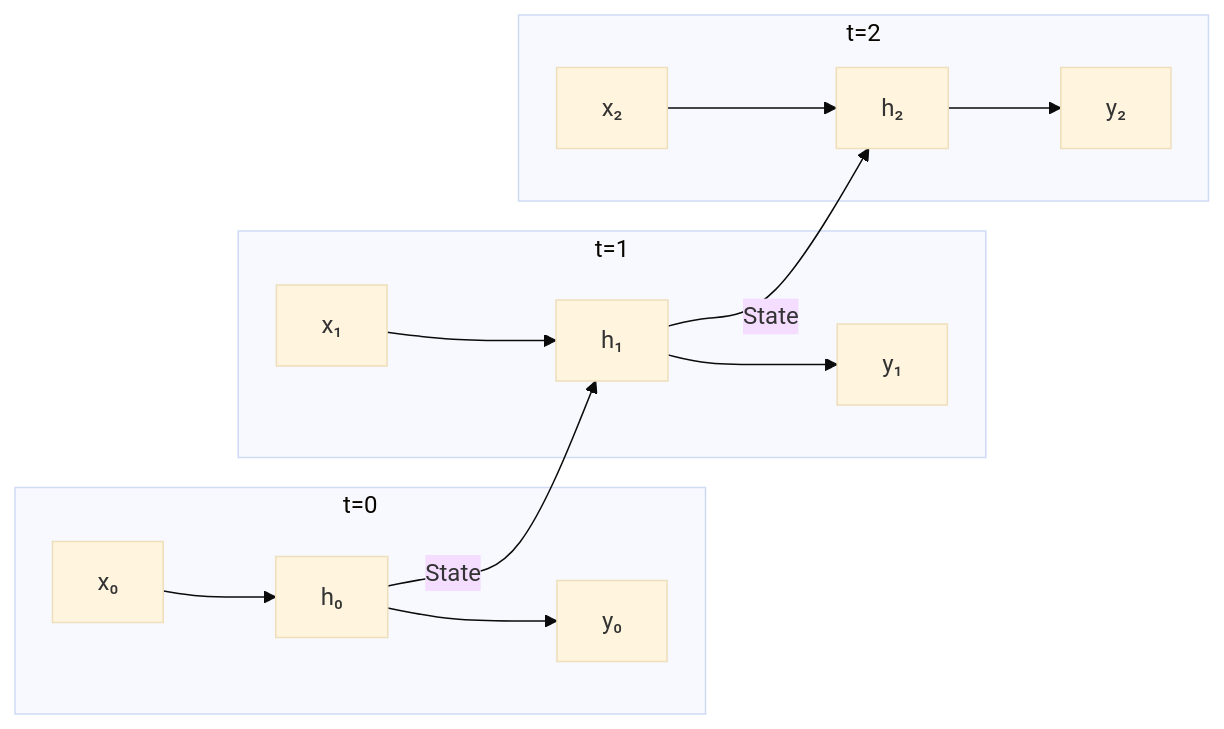
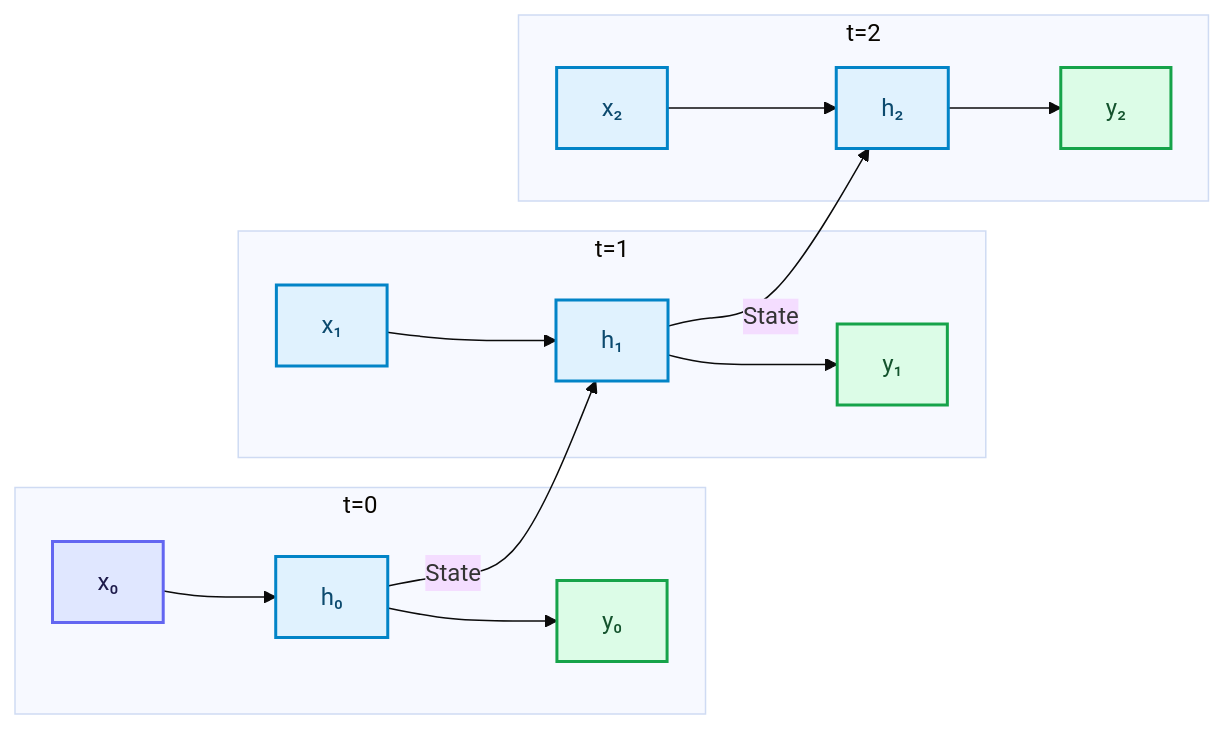
Before and after one commit to ralf-42/ML_Intro: the eighth of 12 diagrams in docs/concepts/modeling/spezielle-neuronale-netze.md, drawn with Mermaid (base theme). The commit also changed other lines of this file and 49 other files, not shown here.

````diff
--- a/docs/concepts/modeling/spezielle-neuronale-netze.md
+++ b/docs/concepts/modeling/spezielle-neuronale-netze.md
@@ -417,26 +451,33 @@
 ```mermaid
 flowchart LR
     subgraph t0["t=0"]
         X0["x₀"] --> H0["h₀"]
         H0 --> Y0["y₀"]
     end
     
     subgraph t1["t=1"]
         X1["x₁"] --> H1["h₁"]
         H1 --> Y1["y₁"]
     end
     
     subgraph t2["t=2"]
         X2["x₂"] --> H2["h₂"]
         H2 --> Y2["y₂"]
     end
     
     %% Bestehende Logik
     H0 --> |"State"| H1
     H1 --> |"State"| H2
 
     %% Erzwingen der Ausrichtung (falls nötig)
     %% t0 --- t1 --- t2 (Verbindung zwischen Subgraphen direkt)
     %% oder unsichtbar zwischen Nodes:
     X0 ~~~ X1 ~~~ X2
+
+    classDef default fill:#e0f2fe,stroke:#0284c7,stroke-width:2px,color:#0c4a6e;
+    classDef input fill:#e0e7ff,stroke:#6366f1,stroke-width:2px,color:#1e1b4b;
+    classDef output fill:#dcfce7,stroke:#16a34a,stroke-width:2px,color:#14532d;
+
+    class X0 input;
+    class Y0,Y1,Y2 output;
 ```
````
